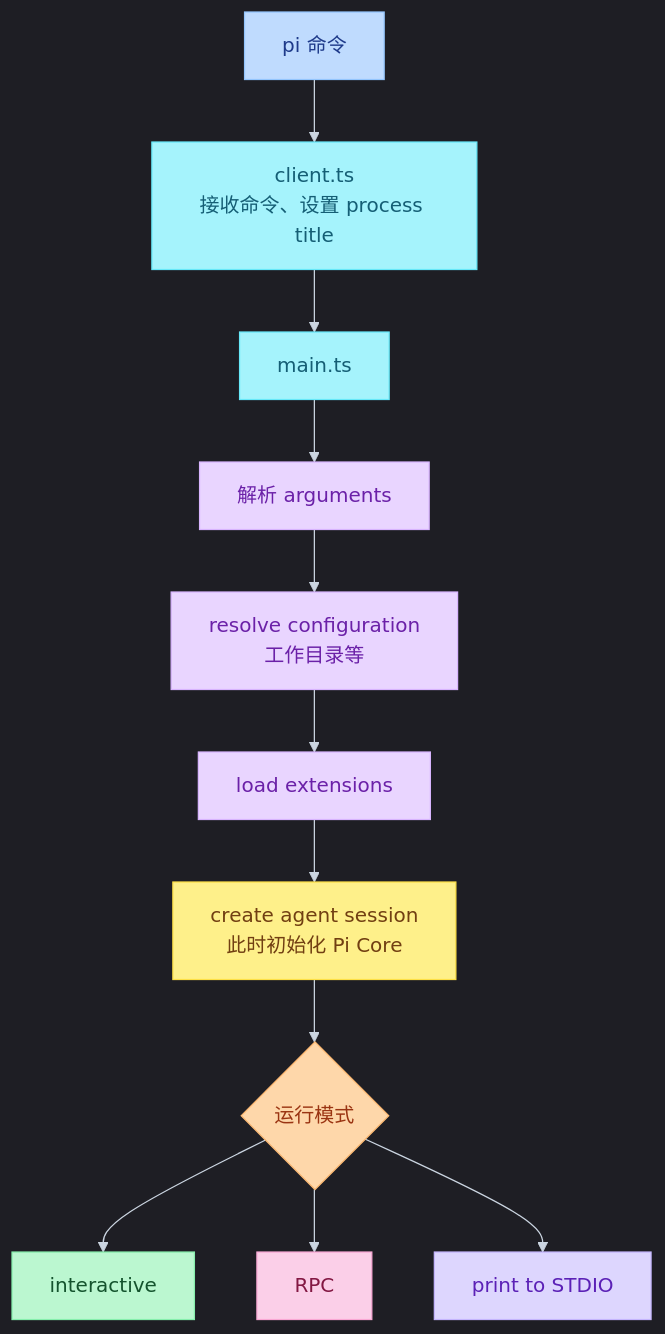
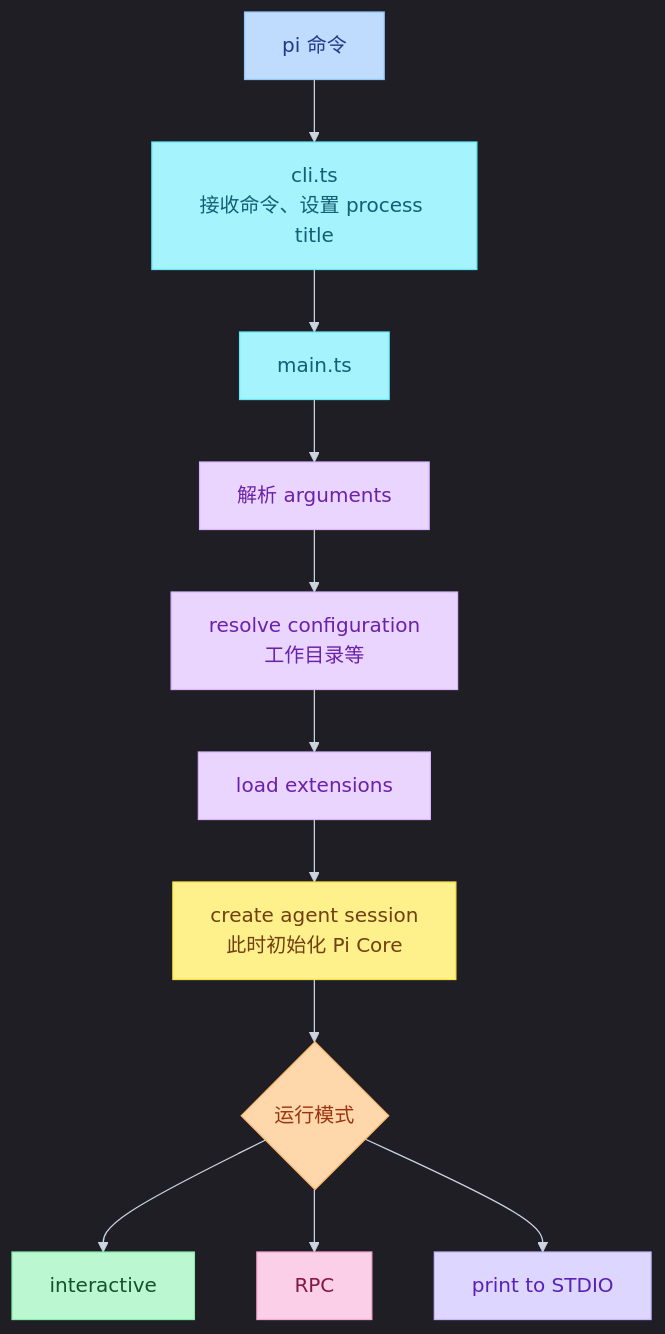
Before and after one commit to juliepy/AI-Engineer-from-scrach: diagram 11 of 14 in 13-pi-agent/01-arch.md, drawn with Mermaid. The commit also changed other lines of this file and 1 other file, not shown here.

Commit message:
Expand Pi architecture notes with source-tree maps and add a getting-started learn guide.

````diff
--- a/13-pi-agent/01-arch.md
+++ b/13-pi-agent/01-arch.md
@@ -534,32 +730,32 @@
 ```mermaid
 %%{init: {"theme": "dark", "themeVariables": {"fontSize": "16px", "background": "#000000", "lineColor": "#CBD5E1", "clusterBkg": "#111111", "clusterBorder": "#C4B5FD", "titleColor": "#FDE68A", "edgeLabelBackground": "#111111"}}}%%
 flowchart TD
-    CMD["pi 命令"] --> CLIENT["client.ts<br/>接收命令、设置 process title"]
+    CMD["pi 命令"] --> CLIENT["cli.ts<br/>接收命令、设置 process title"]
     CLIENT --> MAIN["main.ts"]
     MAIN --> P["解析 arguments"]
     P --> CFG["resolve configuration<br/>工作目录等"]
     CFG --> EXT["load extensions"]
     EXT --> SES["create agent session<br/>此时初始化 Pi Core"]
     SES --> MODE{"运行模式"}
     MODE --> I["interactive"]
     MODE --> R["RPC"]
     MODE --> S["print to STDIO"]
 
     classDef cmd fill:#BFDBFE,stroke:#93C5FD,color:#1E3A8A
     classDef file fill:#A5F3FC,stroke:#67E8F9,color:#155E75
     classDef step fill:#E9D5FF,stroke:#D8B4FE,color:#6B21A8
     classDef core fill:#FEF08A,stroke:#FDE047,color:#713F12
     classDef decision fill:#FED7AA,stroke:#FDBA74,color:#9A3412
     classDef modeI fill:#BBF7D0,stroke:#86EFAC,color:#14532D
     classDef modeR fill:#FBCFE8,stroke:#F9A8D4,color:#831843
     classDef modeS fill:#DDD6FE,stroke:#C4B5FD,color:#5B21B6
 
     class CMD cmd
     class CLIENT,MAIN file
     class P,CFG,EXT step
     class SES core
     class MODE decision
     class I modeI
     class R modeR
     class S modeS
 ```
````
